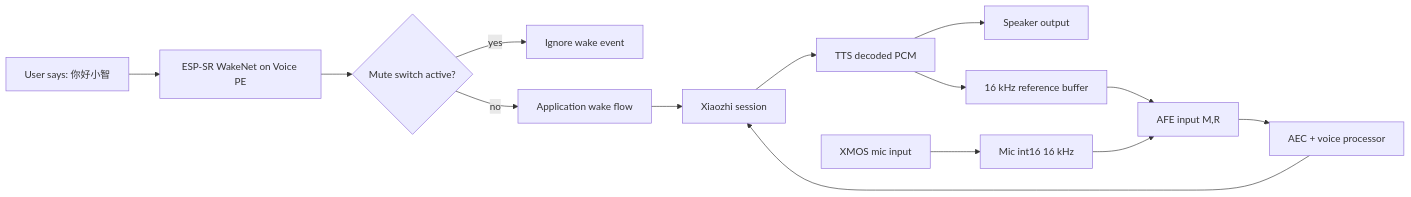
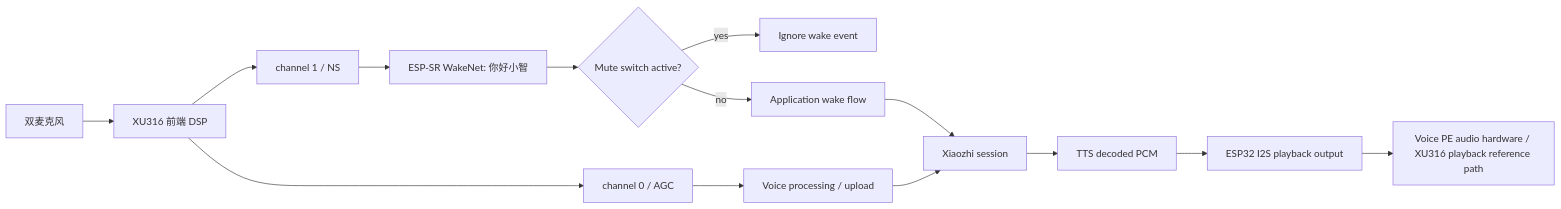
Before and after one commit to kaattz/xiaozhi-esp32: the diagram in docs/plans/2026-05-17-voice-pe-wake-aec-design.md, drawn with Mermaid. The commit also changed other lines of this file and 12 other files, not shown here.

````diff
--- a/docs/plans/2026-05-17-voice-pe-wake-aec-design.md
+++ b/docs/plans/2026-05-17-voice-pe-wake-aec-design.md
@@ -17,16 +19,16 @@
 ```mermaid
 flowchart LR
-    A["User says: 你好小智"] --> B["ESP-SR WakeNet on Voice PE"]
-    B --> C{"Mute switch active?"}
-    C -->|yes| D["Ignore wake event"]
-    C -->|no| E["Application wake flow"]
-    E --> F["Xiaozhi session"]
-    F --> G["TTS decoded PCM"]
-    G --> H["Speaker output"]
-    G --> I["16 kHz reference buffer"]
-    J["XMOS mic input"] --> K["Mic int16 16 kHz"]
-    I --> L["AFE input M,R"]
-    K --> L
-    L --> M["AEC + voice processor"]
-    M --> F
+    A["双麦克风"] --> B["XU316 前端 DSP"]
+    B --> C["channel 1 / NS"]
+    B --> D["channel 0 / AGC"]
+    C --> E["ESP-SR WakeNet: 你好小智"]
+    E --> F{"Mute switch active?"}
+    F -->|yes| G["Ignore wake event"]
+    F -->|no| H["Application wake flow"]
+    D --> I["Voice processing / upload"]
+    H --> J["Xiaozhi session"]
+    I --> J
+    J --> K["TTS decoded PCM"]
+    K --> L["ESP32 I2S playback output"]
+    L --> M["Voice PE audio hardware / XU316 playback reference path"]
 ```
````
